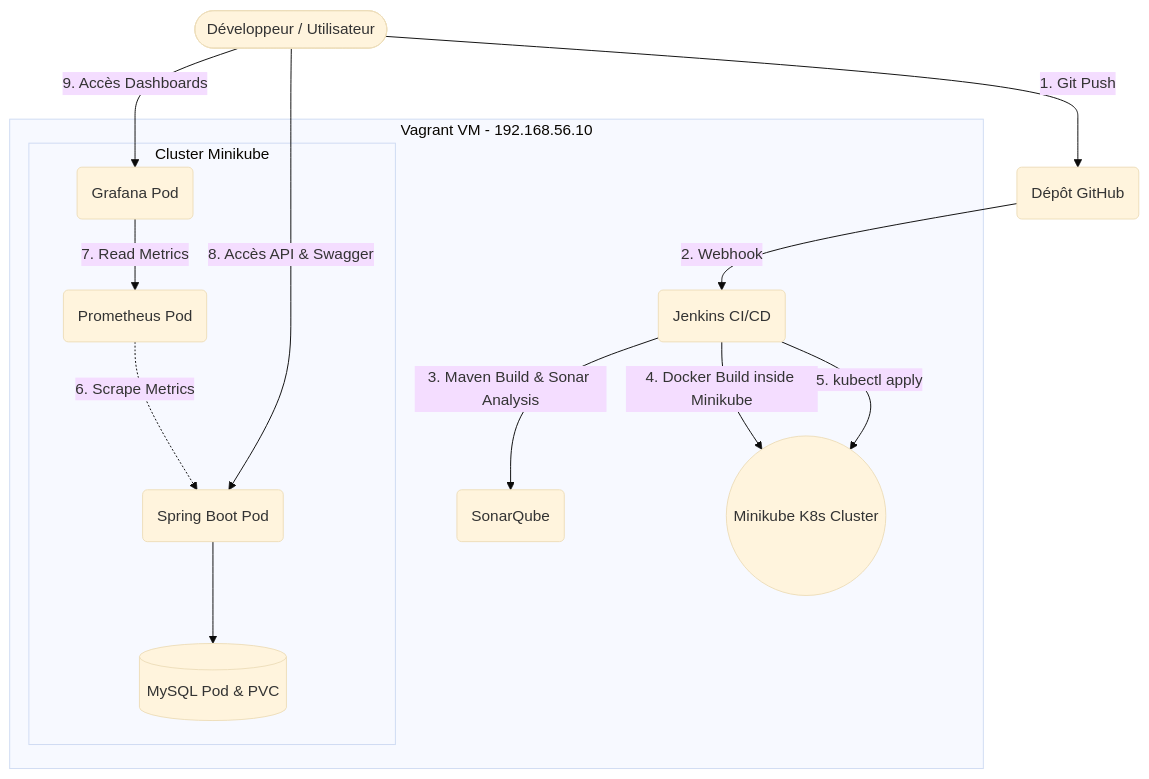
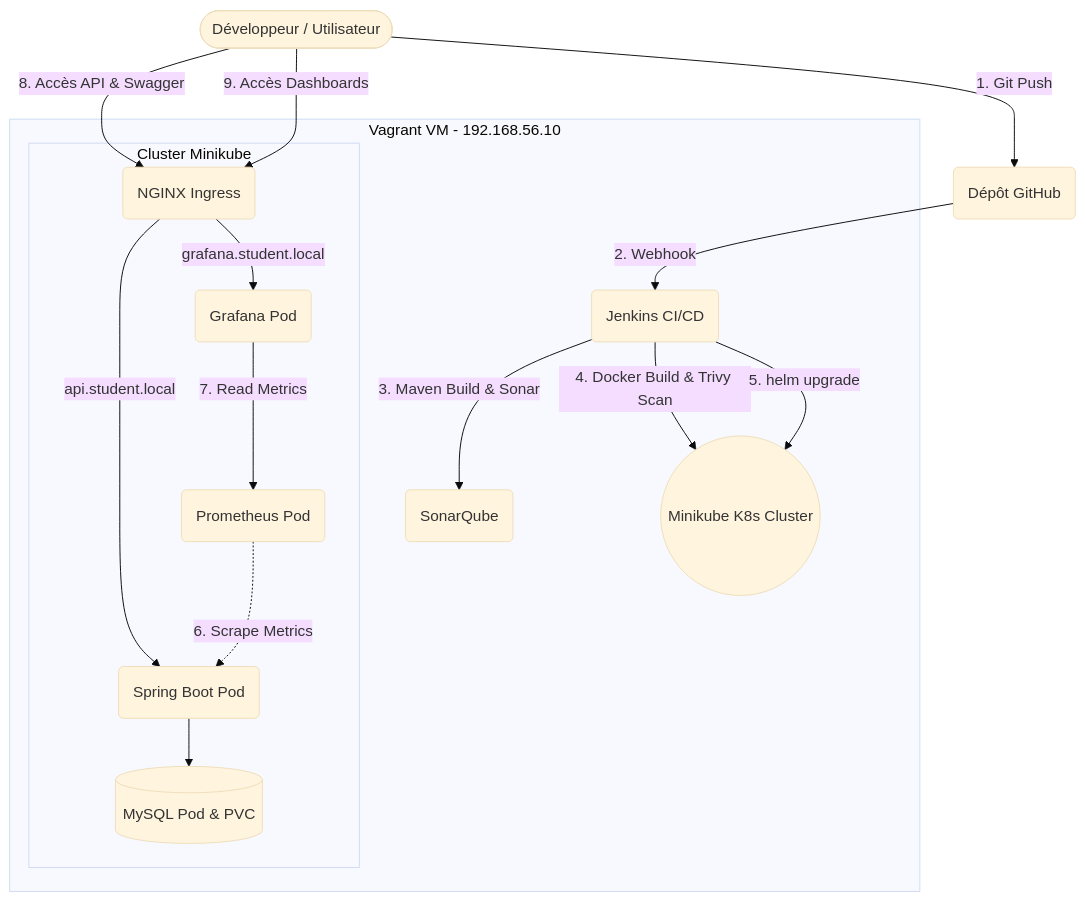
The diagram in README.md (WalidBenTouhami/student-management), drawn with Mermaid (base theme) before and after one commit. The commit also changed other lines of this file and 1 other file, not shown here.

Commit message:
feat(architecture): Migration vers Helm, Ingress, Trivy et MAJ de la documentation

````diff
--- a/README.md
+++ b/README.md
@@ -16,25 +16,28 @@
 ```mermaid
 graph TD
     User([Développeur / Utilisateur]) -->|1. Git Push| GitHub(Dépôt GitHub)
     GitHub -->|2. Webhook| Jenkins(Jenkins CI/CD)
     
     subgraph Vagrant VM [Vagrant VM - 192.168.56.10]
-        Jenkins -->|3. Maven Build & Sonar Analysis| SonarQube(SonarQube)
-        Jenkins -->|4. Docker Build inside Minikube| Minikube((Minikube K8s Cluster))
-        Jenkins -->|5. kubectl apply| Minikube
+        Jenkins -->|3. Maven Build & Sonar| SonarQube(SonarQube)
+        Jenkins -->|4. Docker Build & Trivy Scan| Minikube((Minikube K8s Cluster))
+        Jenkins -->|5. helm upgrade| Minikube
         
         subgraph Minikube Cluster [Cluster Minikube]
+            Ingress(NGINX Ingress)
             AppPod(Spring Boot Pod)
             DBPod[(MySQL Pod & PVC)]
             PrometheusPod(Prometheus Pod)
             GrafanaPod(Grafana Pod)
             
+            Ingress -->|api.student.local| AppPod
+            Ingress -->|grafana.student.local| GrafanaPod
             AppPod --> DBPod
             PrometheusPod -.->|6. Scrape Metrics| AppPod
             GrafanaPod -->|7. Read Metrics| PrometheusPod
         end
     end
     
-    User -->|8. Accès API & Swagger| AppPod
-    User -->|9. Accès Dashboards| GrafanaPod
+    User -->|8. Accès API & Swagger| Ingress
+    User -->|9. Accès Dashboards| Ingress
 ```
````
